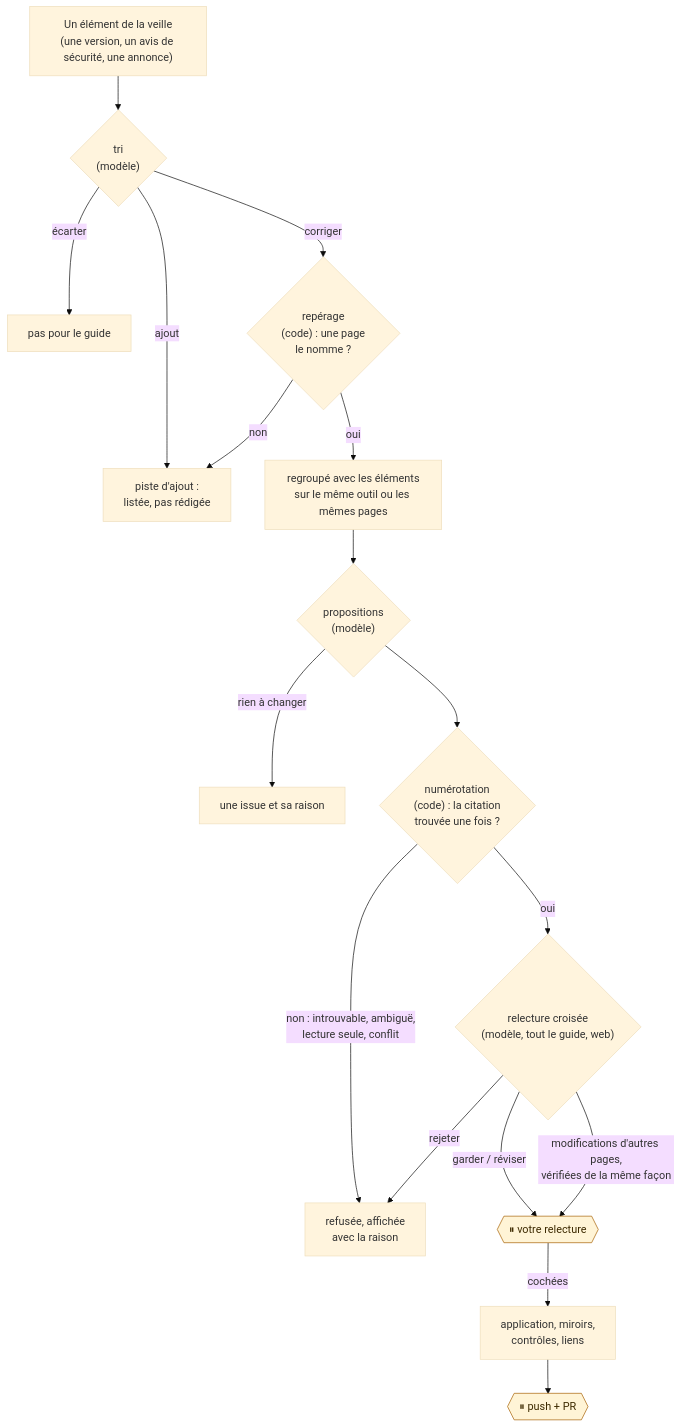
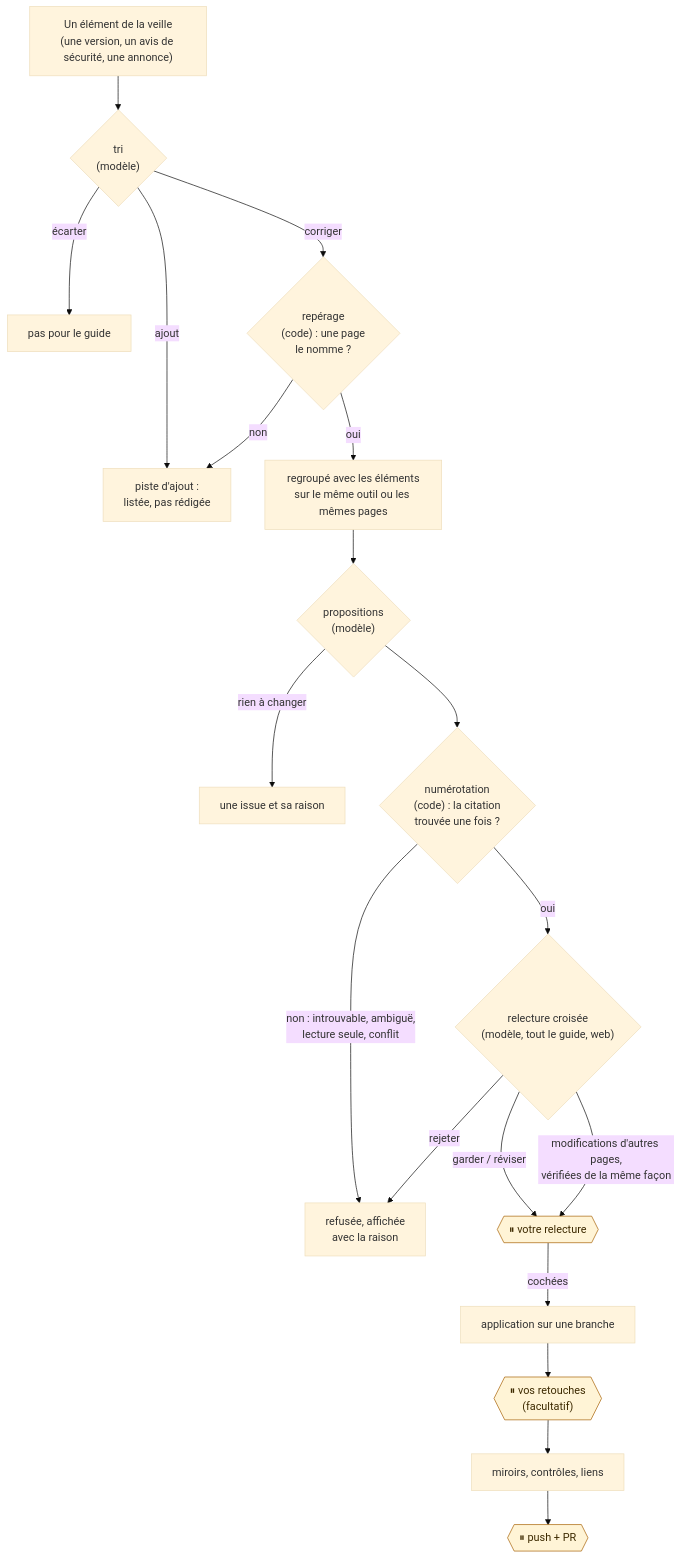
One commit to DamienBecherini/vault-watch-agent changed the diagram in docs/fr/run.md. Above: the diagram before and after it, drawn with Mermaid (base theme). The commit also changed other lines of this file and 22 other files, not shown here.

Commit message:
H3: a pause to retouch the pages of the branch before the mirrors (the guide's folder lent to Obsidian, drafts set aside and put back, an editor in the page, the retouches committed as the editor's; resume --retouch)

````diff
--- a/docs/fr/run.md
+++ b/docs/fr/run.md
@@ -9,20 +9,21 @@
 ```mermaid
 flowchart TD
   item["Un élément de la veille<br/>(une version, un avis de sécurité, une annonce)"] --> triage{"tri<br/>(modèle)"}
   triage -->|écarter| out1["pas pour le guide"]
   triage -->|ajout| add["piste d'ajout :<br/>listée, pas rédigée"]
   triage -->|corriger| locate{"repérage<br/>(code) : une page<br/>le nomme ?"}
   locate -->|non| add
   locate -->|oui| group["regroupé avec les éléments<br/>sur le même outil ou les mêmes pages"]
   group --> propose{"propositions<br/>(modèle)"}
   propose -->|rien à changer| why["une issue et sa raison"]
   propose --> number{"numérotation<br/>(code) : la citation<br/>trouvée une fois ?"}
   number -->|"non : introuvable, ambiguë,<br/>lecture seule, conflit"| refused["refusée, affichée<br/>avec la raison"]
   number -->|oui| cross{"relecture croisée<br/>(modèle, tout le guide, web)"}
   cross -->|rejeter| refused
   cross -->|"garder / réviser"| review{{"⏸ votre relecture"}}
   cross -->|"modifications d'autres pages,<br/>vérifiées de la même façon"| review
-  review -->|cochées| apply["application, miroirs,<br/>contrôles, liens"] --> publish{{"⏸ push + PR"}}
+  review -->|cochées| apply["application sur une branche"] --> retouch{{"⏸ vos retouches<br/>(facultatif)"}}
+  retouch --> rest["miroirs, contrôles, liens"] --> publish{{"⏸ push + PR"}}
   classDef human fill:#fff4d6,stroke:#a65f00,color:#3d2a00
-  class review,publish human
+  class review,retouch,publish human
 ```
````
